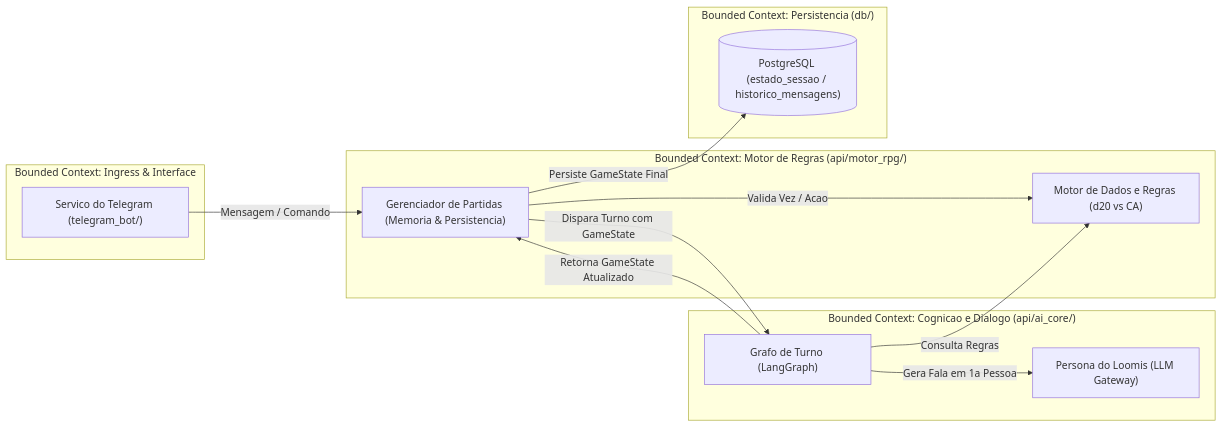
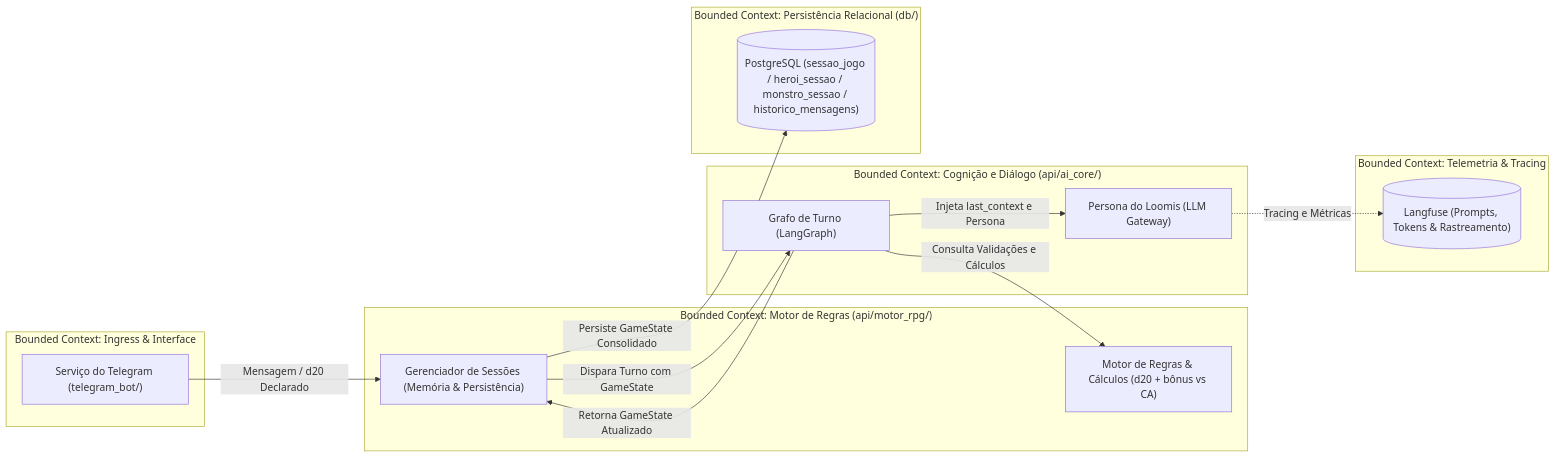
The first of 5 diagrams in docs/architecture.md (gradprojetos/ai-npc), drawn with Mermaid before and after one commit. The commit also changed other lines of this file and 3 other files, not shown here.

First line of the commit message:
docs: alinhar regras de Hesiod, simplificar GameState e normalizar banco

````diff
--- a/docs/architecture.md
+++ b/docs/architecture.md
@@ -11,28 +11,32 @@
 ```mermaid
 flowchart LR
     subgraph BC_Telegram["Bounded Context: Ingress & Interface"]
-        TelegramBot["Servico do Telegram (telegram_bot/)"]
+        TelegramBot["Serviço do Telegram (telegram_bot/)"]
     end
 
     subgraph BC_MotorRPG["Bounded Context: Motor de Regras (api/motor_rpg/)"]
-        RulesEngine["Motor de Dados e Regras (d20 vs CA)"]
-        SessionMgr["Gerenciador de Partidas (Memoria & Persistencia)"]
+        RulesEngine["Motor de Regras & Cálculos (d20 + bônus vs CA)"]
+        SessionMgr["Gerenciador de Sessões (Memória & Persistência)"]
     end
 
-    subgraph BC_Cognitivo["Bounded Context: Cognicao e Dialogo (api/ai_core/)"]
+    subgraph BC_Cognitivo["Bounded Context: Cognição e Diálogo (api/ai_core/)"]
         TurnGraph["Grafo de Turno (LangGraph)"]
         LoomisNPC["Persona do Loomis (LLM Gateway)"]
     end
 
-    subgraph BC_Persistencia["Bounded Context: Persistencia (db/)"]
-        PostgreSQL[("PostgreSQL (estado_sessao / historico_mensagens)")]
+    subgraph BC_Observabilidade["Bounded Context: Telemetria & Tracing"]
+        Langfuse[("Langfuse (Prompts, Tokens & Rastreamento)")]
     end
 
-    TelegramBot -->|Mensagem / Comando| SessionMgr
-    SessionMgr -->|Valida Vez / Acao| RulesEngine
+    subgraph BC_Persistencia["Bounded Context: Persistência Relacional (db/)"]
+        PostgreSQL[("PostgreSQL (sessao_jogo / heroi_sessao / monstro_sessao / historico_mensagens)")]
+    end
+
+    TelegramBot -->|Mensagem / d20 Declarado| SessionMgr
     SessionMgr -->|Dispara Turno com GameState| TurnGraph
-    TurnGraph -->|Consulta Regras| RulesEngine
-    TurnGraph -->|Gera Fala em 1a Pessoa| LoomisNPC
+    TurnGraph -->|Consulta Validações e Cálculos| RulesEngine
+    TurnGraph -->|Injeta last_context e Persona| LoomisNPC
+    LoomisNPC -.->|Tracing e Métricas| Langfuse
     TurnGraph -->|Retorna GameState Atualizado| SessionMgr
-    SessionMgr -->|Persiste GameState Final| PostgreSQL
+    SessionMgr -->|Persiste GameState Consolidado| PostgreSQL
 ```
````
